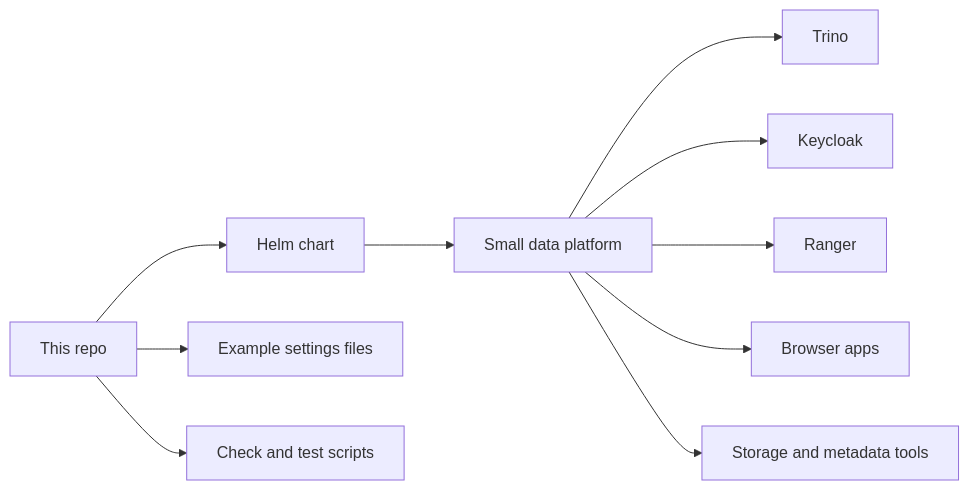
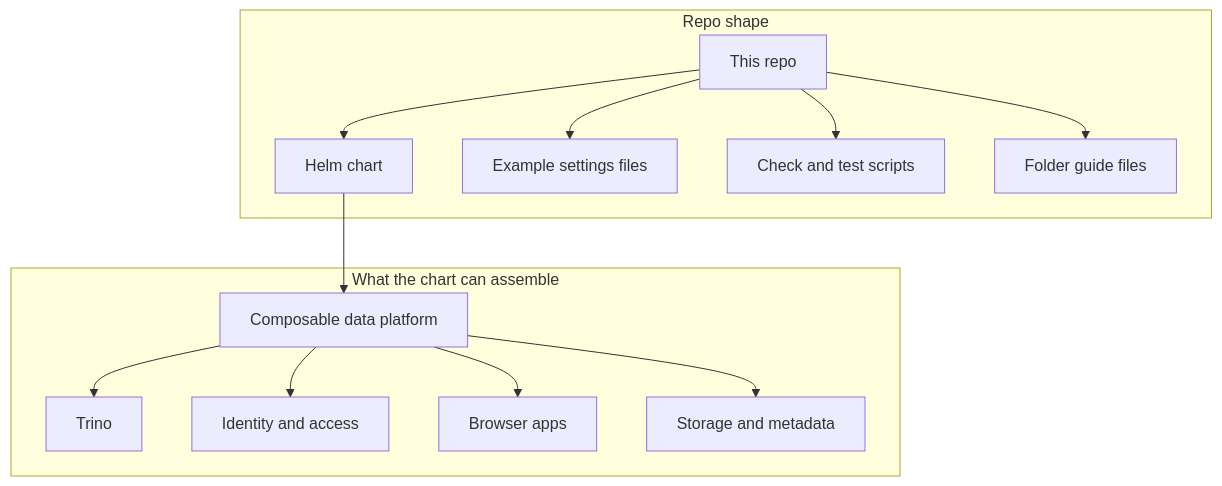
Before and after one commit to sanger-pathogens/dlh-in-a-box-umbrella-helm-chart: the first of 3 diagrams in README.md, drawn with Mermaid. The commit also changed other lines of this file and 34 other files, not shown here.

Commit message:
docs: expand repo guides and add umbrella chart manual

````diff
--- a/README.md
+++ b/README.md
@@ -46,13 +52,28 @@
 ```mermaid
-flowchart LR
-  Repo[This repo] --> Chart[Helm chart]
-  Repo --> Examples[Example settings files]
-  Repo --> Scripts[Check and test scripts]
+flowchart TD
+  subgraph RepoShape["Repo shape"]
+    Repo[This repo]
+    Chart[Helm chart]
+    Examples[Example settings files]
+    Scripts[Check and test scripts]
+    Guides[Folder guide files]
+  end
 
-  Chart --> Platform[Small data platform]
-  Platform --> Trino[Trino]
-  Platform --> Login[Keycloak]
-  Platform --> Rules[Ranger]
-  Platform --> Apps[Browser apps]
-  Platform --> Storage[Storage and metadata tools]
+  subgraph PlatformShape["What the chart can assemble"]
+    Platform[Composable data platform]
+    Trino[Trino]
+    Identity[Identity and access]
+    Apps[Browser apps]
+    Storage[Storage and metadata]
+  end
+
+  Repo --> Chart
+  Repo --> Examples
+  Repo --> Scripts
+  Repo --> Guides
+  Chart --> Platform
+  Platform --> Trino
+  Platform --> Identity
+  Platform --> Apps
+  Platform --> Storage
 ```
````
